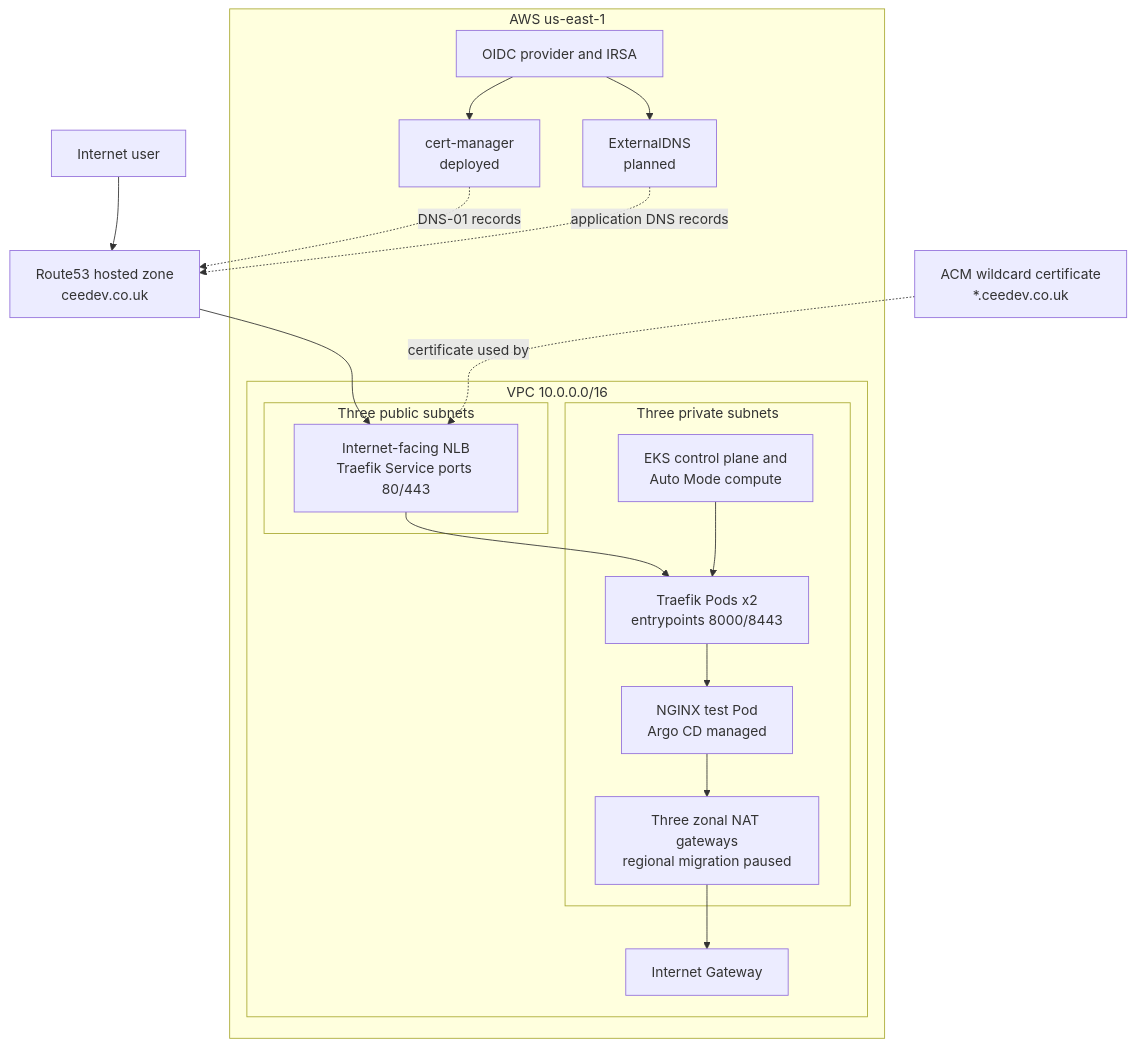
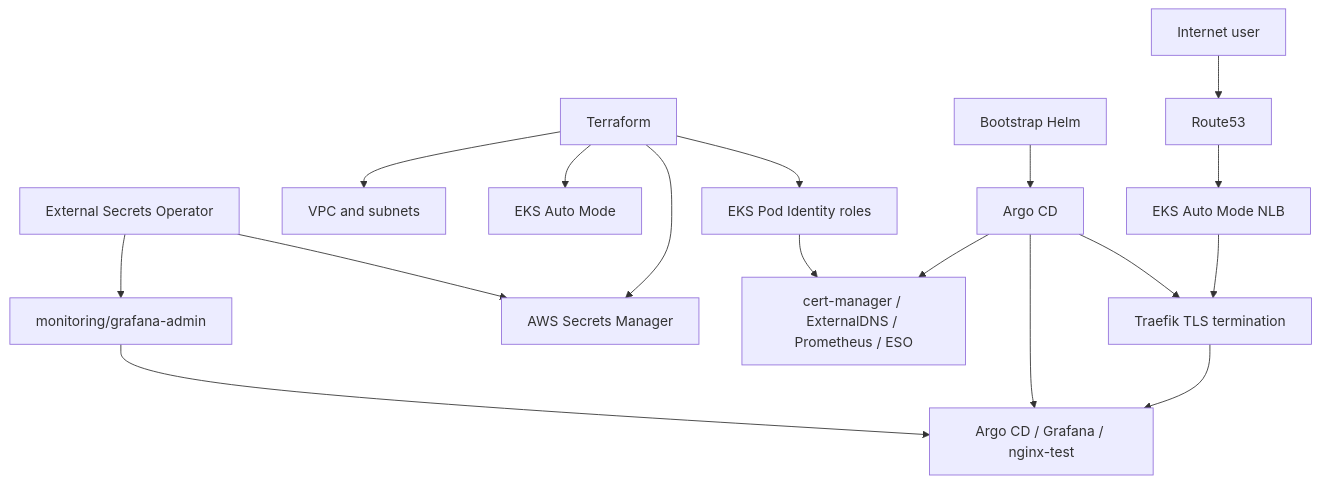
One commit to cmomodo/kubernetes changed the diagram in EKS/docs/architecture.md. Above: the diagram before and after it, drawn with Mermaid. The commit also changed other lines of this file and 30 other files, not shown here.

````diff
--- a/EKS/docs/architecture.md
+++ b/EKS/docs/architecture.md
@@ -3,38 +3,22 @@
 ```mermaid
 flowchart TB
-    User[Internet user]
-    DNS[Route53 hosted zone<br/>ceedev.co.uk]
-    ACM[ACM wildcard certificate<br/>*.ceedev.co.uk]
+    User[Internet user] --> DNS[Route53]
+    DNS --> NLB[EKS Auto Mode NLB]
+    NLB --> Traefik[Traefik TLS termination]
+    Traefik --> Apps[Argo CD / Grafana / nginx-test]
 
-    subgraph AWS[AWS us-east-1]
-        subgraph VPC[VPC 10.0.0.0/16]
-            IGW[Internet Gateway]
-            subgraph Public[Three public subnets]
-                NLB[Internet-facing NLB<br/>Traefik Service ports 80/443]
-            end
-            subgraph Private[Three private subnets]
-                EKS[EKS control plane and<br/>Auto Mode compute]
-                Traefik[Traefik Pods x2<br/>entrypoints 8000/8443]
-                App[NGINX test Pod<br/>Argo CD managed]
-                NAT[Three zonal NAT gateways<br/>regional migration paused]
-            end
-        end
+    Terraform --> VPC[VPC and subnets]
+    Terraform --> EKS[EKS Auto Mode]
+    Terraform --> Identity[EKS Pod Identity roles]
+    Terraform --> SM[AWS Secrets Manager]
 
-        IRSA[OIDC provider and IRSA]
-        CM[cert-manager<br/>deployed]
-        ED[ExternalDNS<br/>planned]
-    end
+    Helm[Bootstrap Helm] --> Argo[Argo CD]
+    Argo --> Controllers[cert-manager / ExternalDNS / Prometheus / ESO]
+    Argo --> Traefik
+    Argo --> Apps
 
-    User --> DNS
-    DNS --> NLB
-    ACM -. certificate used by .-> NLB
-    NLB --> Traefik
-    Traefik --> App
-    App --> NAT --> IGW
-
-    EKS --> Traefik
-    IRSA --> CM
-    IRSA --> ED
-    CM -. DNS-01 records .-> DNS
-    ED -. application DNS records .-> DNS
+    Identity --> Controllers
+    ESO[External Secrets Operator] --> SM
+    ESO --> GrafanaSecret[monitoring/grafana-admin]
+    GrafanaSecret --> Apps
 ```
````
